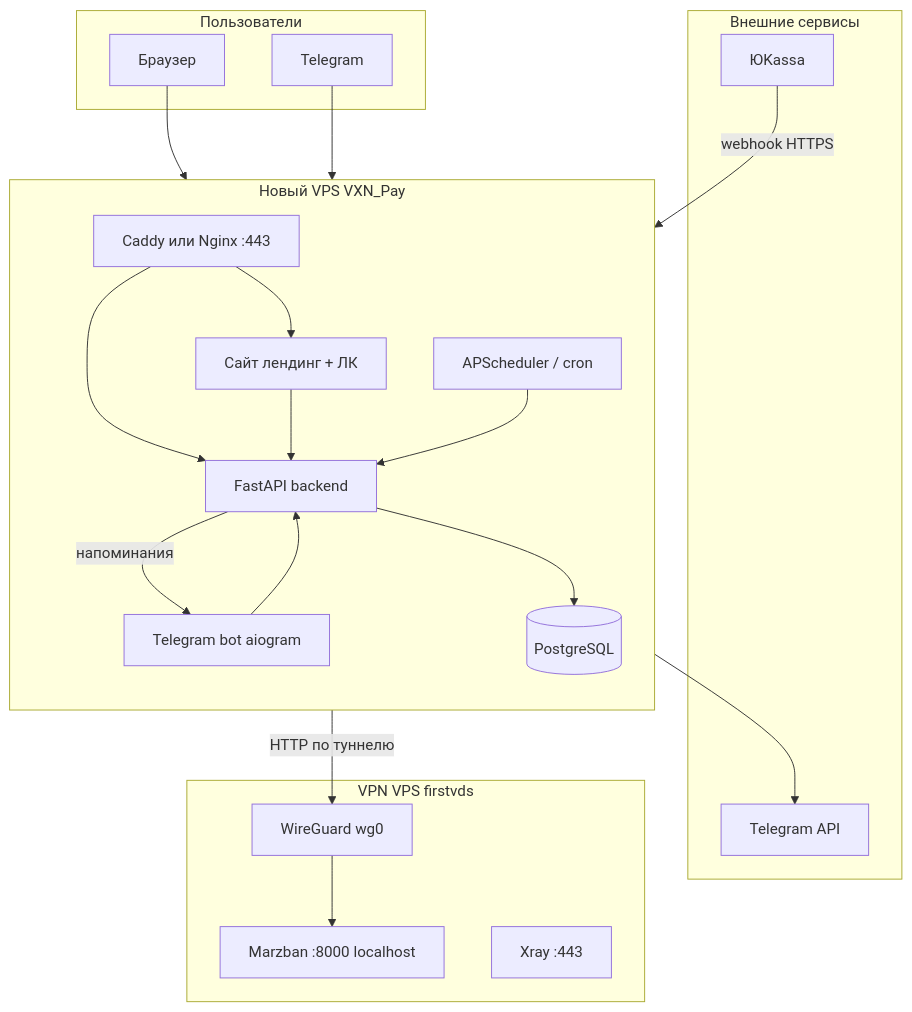
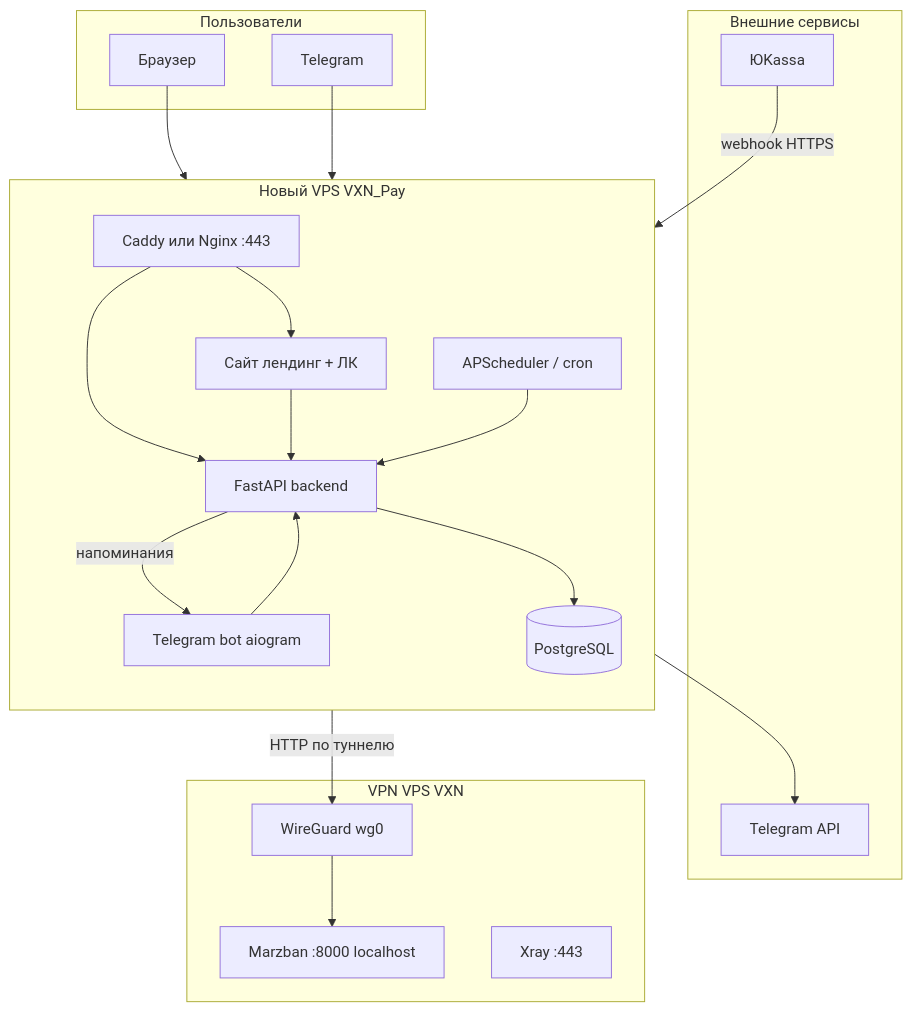
Before and after one commit to Veter-Alex/VXN_pay: the first of 2 diagrams in ПЛАН-ПРОЕКТА.md, drawn with Mermaid. The commit also changed other lines of this file and 2 other files, not shown here.

Commit message:
Обновить ссылки на VPN-проект: firstvds → VXN.

````diff
--- a/ПЛАН-ПРОЕКТА.md
+++ b/ПЛАН-ПРОЕКТА.md
@@ -80,42 +80,42 @@
 ```mermaid
 flowchart TB
   subgraph users [Пользователи]
     WebUser[Браузер]
     TgUser[Telegram]
   end
 
   subgraph billingVPS [Новый VPS VXN_Pay]
     direction TB
     Caddy[Caddy или Nginx :443]
     Site[Сайт лендинг + ЛК]
     API[FastAPI backend]
     Bot[Telegram bot aiogram]
     DB[(PostgreSQL)]
     Scheduler[APScheduler / cron]
     Caddy --> Site
     Caddy --> API
     Site --> API
     Bot --> API
     API --> DB
     Scheduler --> API
   end
 
   subgraph external [Внешние сервисы]
     YuKassa[ЮKassa]
     TgAPI[Telegram API]
   end
 
-  subgraph vpnVPS [VPN VPS firstvds]
+  subgraph vpnVPS [VPN VPS VXN]
     WG[WireGuard wg0]
     Marzban[Marzban :8000 localhost]
     Xray[Xray :443]
   end
 
   WebUser --> Caddy
   TgUser --> Bot
   YuKassa -->|webhook HTTPS| API
   API -->|HTTP по туннелю| WG
   WG --> Marzban
   Bot --> TgAPI
   API -->|напоминания| Bot
 ```
````
